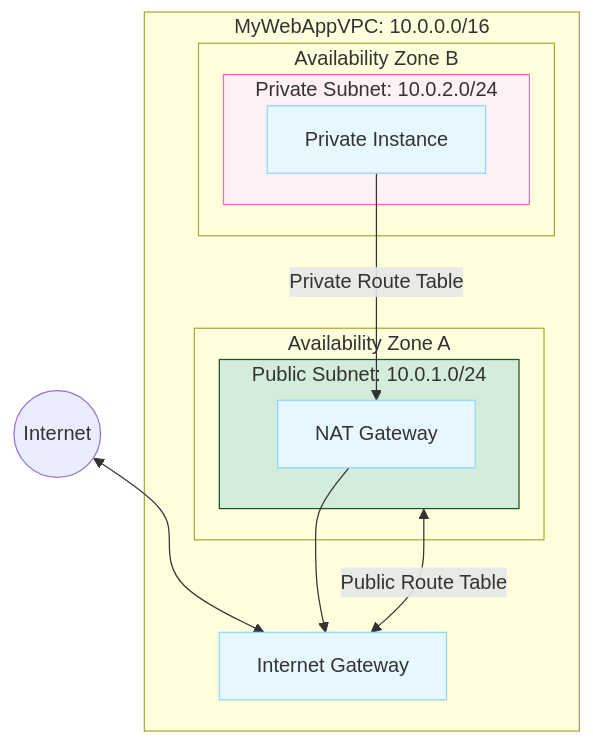
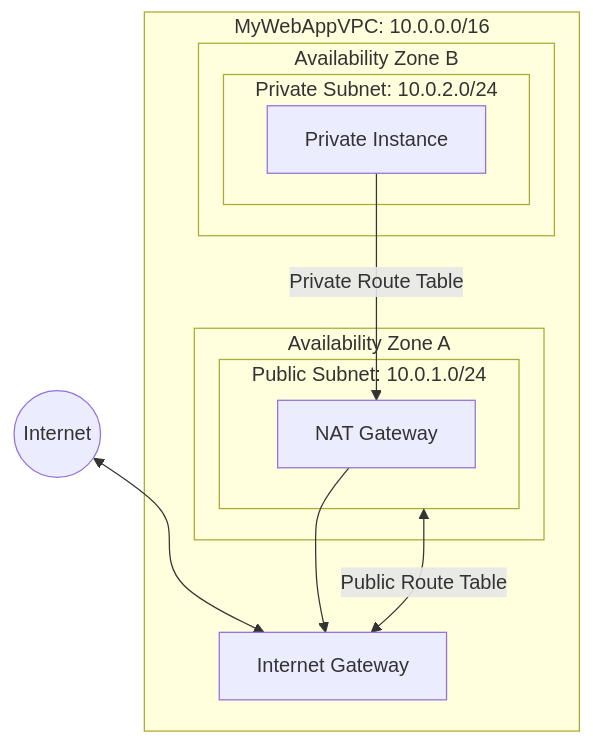
One commit to sujith-eag/sujith-library changed the diagram in docs/dev-cloud/cclab/lab_10.md. Above: the diagram before and after it, drawn with Mermaid. The commit also changed 41 other files, not shown here.

First line of the commit message:
Refactor diagrams and remove redundant styles in documentation

````diff
--- a/docs/dev-cloud/cclab/lab_10.md
+++ b/docs/dev-cloud/cclab/lab_10.md
@@ -7,33 +7,25 @@
 ```mermaid
 flowchart TD
     Internet((Internet))
     
     subgraph VPC [MyWebAppVPC: 10.0.0.0/16]
         IGW[Internet Gateway]
         
         subgraph AZ_A [Availability Zone A]
             subgraph Public [Public Subnet: 10.0.1.0/24]
                 NAT[NAT Gateway]
             end
         end
         
         subgraph AZ_B [Availability Zone B]
             subgraph Private [Private Subnet: 10.0.2.0/24]
                 PrivInstance[Private Instance]
             end
         end
     end
 
     Internet <--> IGW
     Public <-->|Public Route Table| IGW
     PrivInstance -->|Private Route Table| NAT
     NAT --> IGW
-
-    classDef process fill:#e6f7ff,stroke:#91d5ff
-    classDef success fill:#d4edda,stroke:#155724
-    classDef highlight fill:#fff0f5,stroke:#ff69b4
-
-    class IGW,NAT,PrivInstance process
-    class Public success
-    class Private highlight
 ```
````
